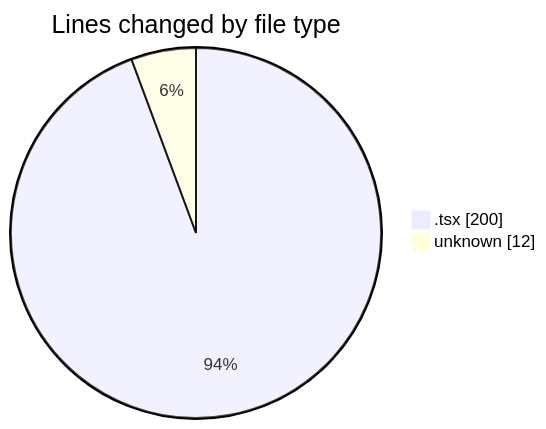
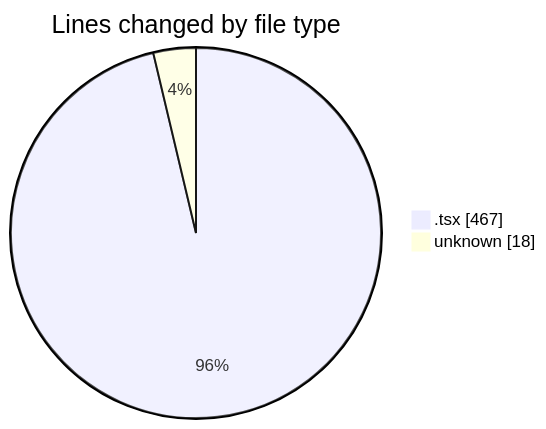
The first of 2 diagrams in 2026-09-28/cda/README.md (momahboobian/code-tracking), drawn with Mermaid before and after one commit. The commit also changed other lines of this file and 1 other file, not shown here.

````diff
--- a/2026-09-28/cda/README.md
+++ b/2026-09-28/cda/README.md
@@ -21,6 +22,6 @@
 ```mermaid
 pie showData
 title Lines changed by file type
-".tsx" : 200
-"unknown" : 12
+".tsx" : 467
+"unknown" : 18
 ```
````
